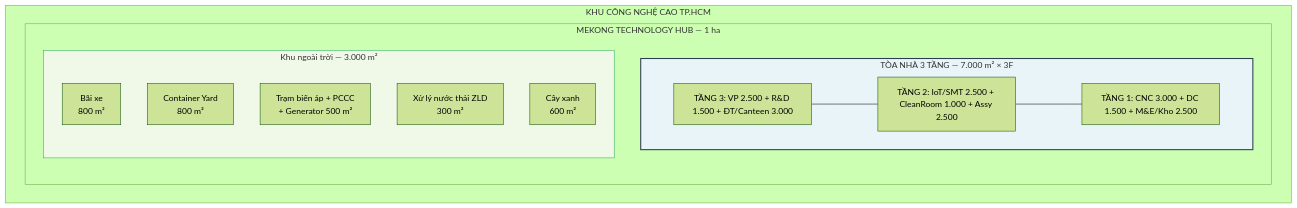
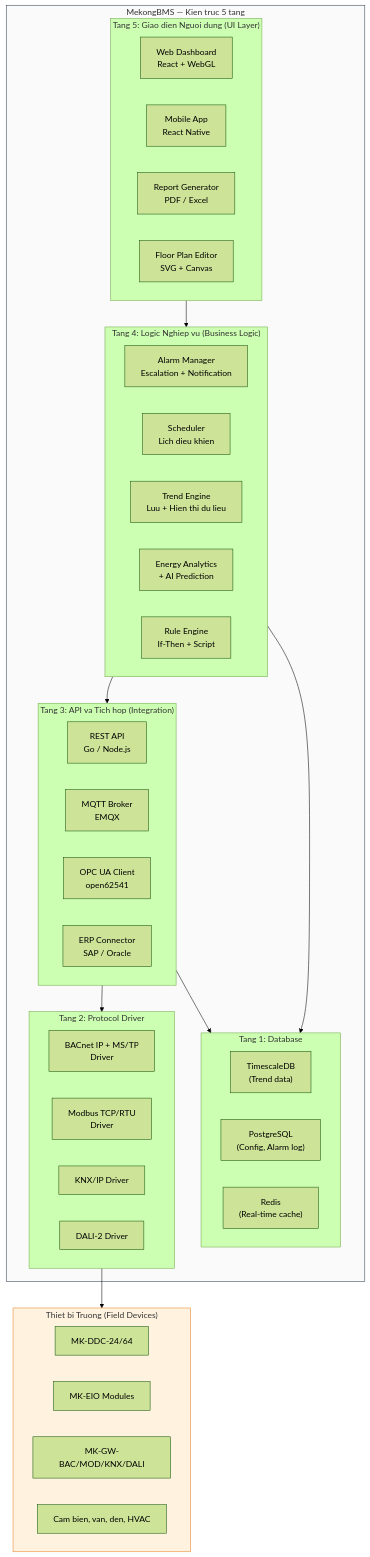
Before and after one commit to Mekong-HCM/MEKONG_TECHNOLOGY: the diagram in DE_AN_MEKONG_V2/mermaid_master/d_023.mmd, drawn with Mermaid (forest theme). The commit also changed 156 other files, not shown here.

```diff
--- a/DE_AN_MEKONG_V2/mermaid_master/d_023.mmd
+++ b/DE_AN_MEKONG_V2/mermaid_master/d_023.mmd
@@ -1,20 +1,46 @@
 graph TB
-    subgraph KCNC["KHU CÔNG NGHỆ CAO TP.HCM"]
-        subgraph SITE["MEKONG TECHNOLOGY HUB — 1 ha"]
-            subgraph BUILDING["TÒA NHÀ 3 TẦNG — 7.000 m² × 3F"]
-                T3["TẦNG 3: VP 2.500 + R&D 1.500 + ĐT/Canteen 3.000"]
-                T2["TẦNG 2: IoT/SMT 2.500 + CleanRoom 1.000 + Assy 2.500"]
-                T1["TẦNG 1: CNC 3.000 + DC 1.500 + M&E/Kho 2.500"]
-            end
-            subgraph OUTDOOR["Khu ngoài trời — 3.000 m²"]
-                PK["Bãi xe<br/>800 m²"]
-                CY["Container Yard<br/>800 m²"]
-                TBA["Trạm biến áp + PCCC<br/>+ Generator 500 m²"]
-                WTP["Xử lý nước thải ZLD<br/>300 m²"]
-                GRN["Cây xanh<br/>600 m²"]
-            end
+    subgraph BMS_ARCH["MekongBMS — Kien truc 5 tang"]
+        subgraph T5["Tang 5: Giao dien Nguoi dung (UI Layer)"]
+            WEB["Web Dashboard<br/>React + WebGL"]
+            MOBILE["Mobile App<br/>React Native"]
+            REPORT["Report Generator<br/>PDF / Excel"]
+            MAP["Floor Plan Editor<br/>SVG + Canvas"]
+        end
+        subgraph T4["Tang 4: Logic Nghiep vu (Business Logic)"]
+            ALARM["Alarm Manager<br/>Escalation + Notification"]
+            SCHED_BMS["Scheduler<br/>Lich dieu khien"]
+            TREND["Trend Engine<br/>Luu + Hien thi du lieu"]
+            ENERGY["Energy Analytics<br/>+ AI Prediction"]
+            RULE["Rule Engine<br/>If-Then + Script"]
+        end
+        subgraph T3["Tang 3: API va Tich hop (Integration)"]
+            REST["REST API<br/>Go / Node.js"]
+            MQTT_BMS["MQTT Broker<br/>EMQX"]
+            OPCUA_BMS["OPC UA Client<br/>open62541"]
+            ERP_BMS["ERP Connector<br/>SAP / Oracle"]
+        end
+        subgraph T2["Tang 2: Protocol Driver"]
+            BAC_DRV["BACnet IP + MS/TP<br/>Driver"]
+            MOD_DRV["Modbus TCP/RTU<br/>Driver"]
+            KNX_DRV["KNX/IP Driver"]
+            DALI_DRV["DALI-2 Driver"]
+        end
+        subgraph T1["Tang 1: Database"]
+            TSDB["TimescaleDB<br/>(Trend data)"]
+            PGDB["PostgreSQL<br/>(Config, Alarm log)"]
+            CACHE["Redis<br/>(Real-time cache)"]
         end
     end
-    T3 --- T2 --- T1
-    style BUILDING fill:#e8f4f8,stroke:#2c3e50,stroke-width:2px
-    style OUTDOOR fill:#f0f9e8,stroke:#27ae60
+    T5 --> T4 --> T3 --> T2
+    T3 --> T1
+    T4 --> T1
+    
+    subgraph FIELD["Thiet bi Truong (Field Devices)"]
+        DDC["MK-DDC-24/64"]
+        EIO["MK-EIO Modules"]
+        GW_F["MK-GW-BAC/MOD/KNX/DALI"]
+        SENSOR["Cam bien, van, den, HVAC"]
+    end
+    T2 --> FIELD
+    style BMS_ARCH fill:#fafafa,stroke:#2c3e50
+    style FIELD fill:#fff3e0,stroke:#e67e22
```
